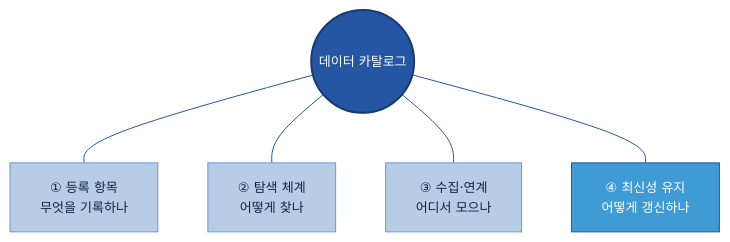
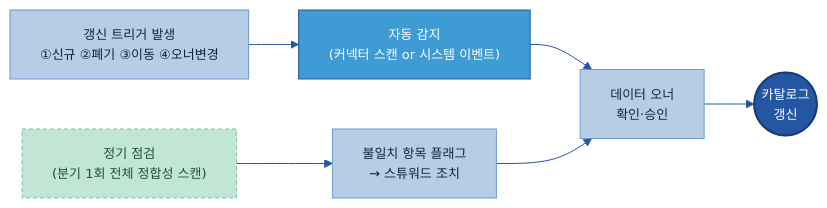
The sixth of 16 diagrams in A-1 데이터 카탈로그.md (jin-kearney/ai-ready-data-manual), drawn with Mermaid before and after one commit. The commit also changed other lines of this file and 1 other file, not shown here.

First line of the commit message:
feat(A-1): 데이터 카탈로그 가이드 심화 (멀티 에이전트 작성 v0.2)

````diff
--- a/A-1 데이터 카탈로그.md
+++ b/A-1 데이터 카탈로그.md
@@ -108,13 +437,16 @@
 ```mermaid
 %%{init: {'theme':'base','themeVariables':{'primaryColor':'#DCE8F5','primaryBorderColor':'#2456A4','primaryTextColor':'#10243f','lineColor':'#2456A4','clusterBkg':'#EEF4FB','clusterBorder':'#6B9AD1','fontSize':'13px'}}}%%
-flowchart TB
-    CAT(("데이터 카탈로그")):::cat
-    E1["① 등록 항목<br/>무엇을 기록하나"]:::n
-    E2["② 탐색 체계<br/>어떻게 찾나"]:::n
-    E3["③ 수집·연계<br/>어디서 모으나"]:::n
-    E4["④ 최신성 유지<br/>어떻게 갱신하나"]:::gate
-    CAT --- E1 & E2 & E3 & E4
+flowchart LR
+    TRIG["갱신 트리거 발생<br/>①신규 ②폐기 ③이동 ④오너변경"]:::n
+    AUTO["자동 감지<br/>(커넥터 스캔 or 시스템 이벤트)"]:::gate
+    OWNER["데이터 오너<br/>확인·승인"]:::n
+    CAT(("카탈로그<br/>갱신")):::cat
+    CHECK["정기 점검<br/>(분기 1회 전체 정합성 스캔)"]:::cross
+    FLAG["불일치 항목 플래그<br/>→ 스튜워드 조치"]:::n
+    TRIG --> AUTO --> OWNER --> CAT
+    CHECK --> FLAG --> OWNER
     classDef n fill:#B7CDE6,stroke:#6B9AD1,color:#10243f;
     classDef cat fill:#2456A4,color:#fff,stroke:#163a73,stroke-width:2px;
     classDef gate fill:#3F9BD4,stroke:#2456A4,color:#fff;
+    classDef cross fill:#C2E6D6,stroke:#7CC2A7,color:#1f4d3a,stroke-dasharray:4 3;
 ```
````
